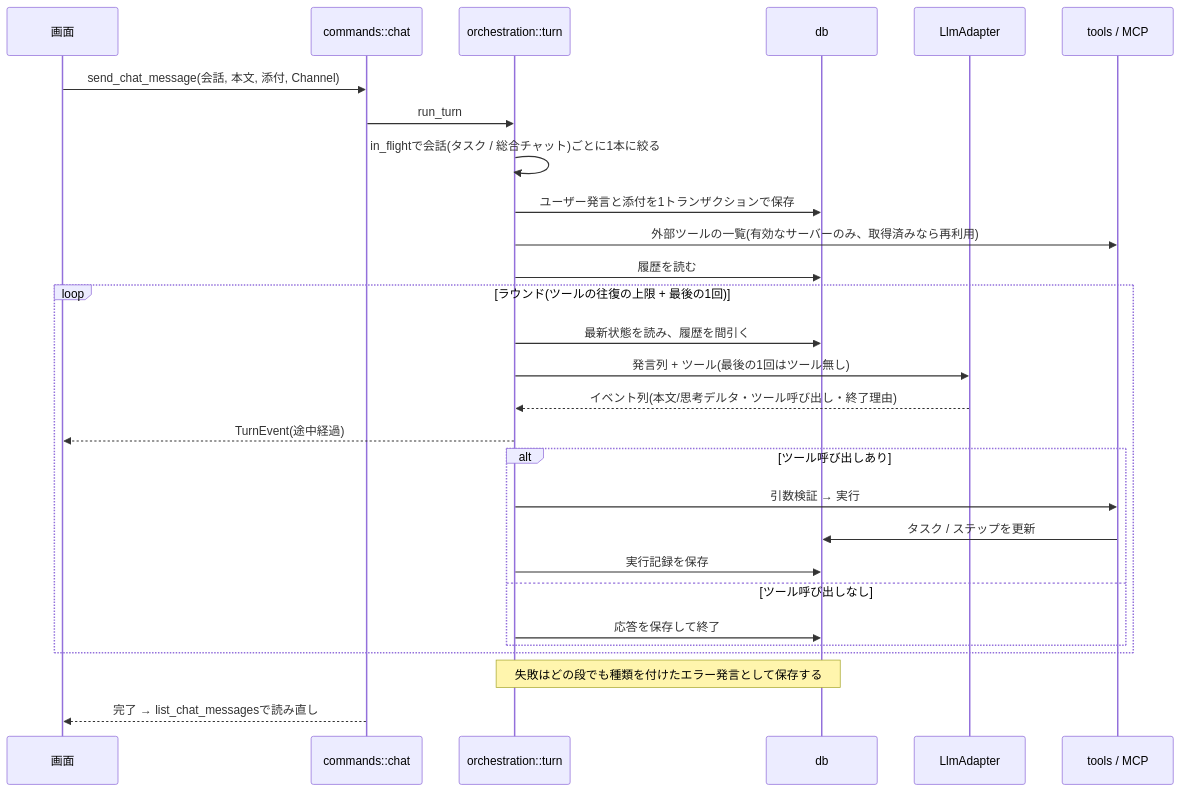
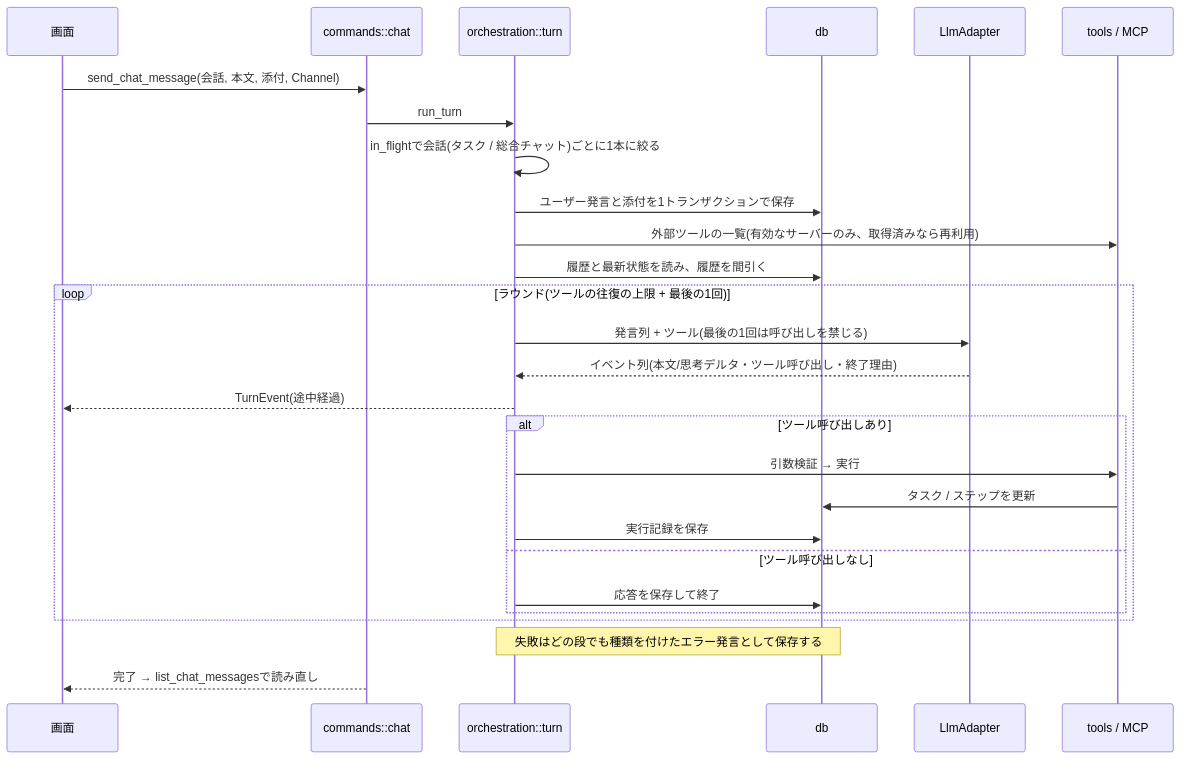
One commit to Hue-215/SCITL changed the second of 3 diagrams in docs/architecture-overview.md. Above: the diagram before and after it, drawn with Mermaid. The commit also changed other lines of this file and 3 other files, not shown here.

````diff
--- a/docs/architecture-overview.md
+++ b/docs/architecture-overview.md
@@ -85,31 +85,30 @@
 ```mermaid
 sequenceDiagram
   participant U as 画面
   participant C as commands::chat
   participant T as orchestration::turn
   participant D as db
   participant A as LlmAdapter
   participant X as tools / MCP
 
   U->>C: send_chat_message(会話, 本文, 添付, Channel)
   C->>T: run_turn
   T->>T: in_flightで会話(タスク / 総合チャット)ごとに1本に絞る
   T->>D: ユーザー発言と添付を1トランザクションで保存
   T->>X: 外部ツールの一覧(有効なサーバーのみ、取得済みなら再利用)
-  T->>D: 履歴を読む
+  T->>D: 履歴と最新状態を読み、履歴を間引く
   loop ラウンド(ツールの往復の上限 + 最後の1回)
-    T->>D: 最新状態を読み、履歴を間引く
-    T->>A: 発言列 + ツール(最後の1回はツール無し)
+    T->>A: 発言列 + ツール(最後の1回は呼び出しを禁じる)
     A-->>T: イベント列(本文/思考デルタ・ツール呼び出し・終了理由)
     T-->>U: TurnEvent(途中経過)
     alt ツール呼び出しあり
       T->>X: 引数検証 → 実行
       X->>D: タスク / ステップを更新
       T->>D: 実行記録を保存
     else ツール呼び出しなし
       T->>D: 応答を保存して終了
     end
   end
   Note over T,D: 失敗はどの段でも種類を付けたエラー発言として保存する
   C-->>U: 完了 → list_chat_messagesで読み直し
 ```
````
